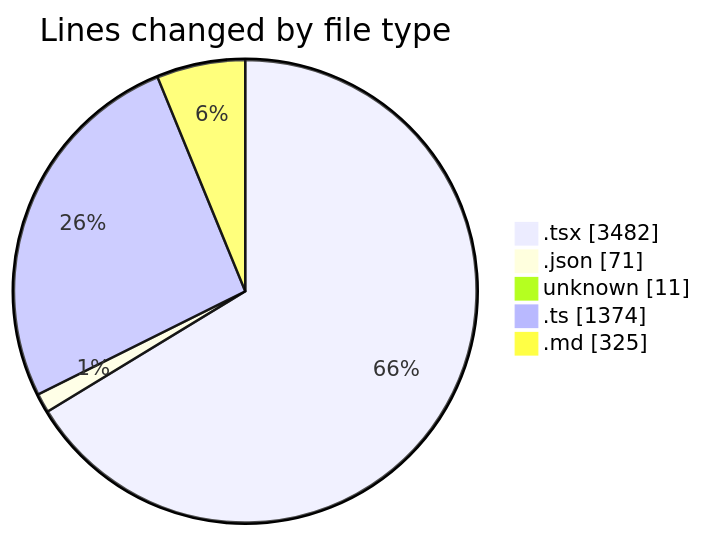
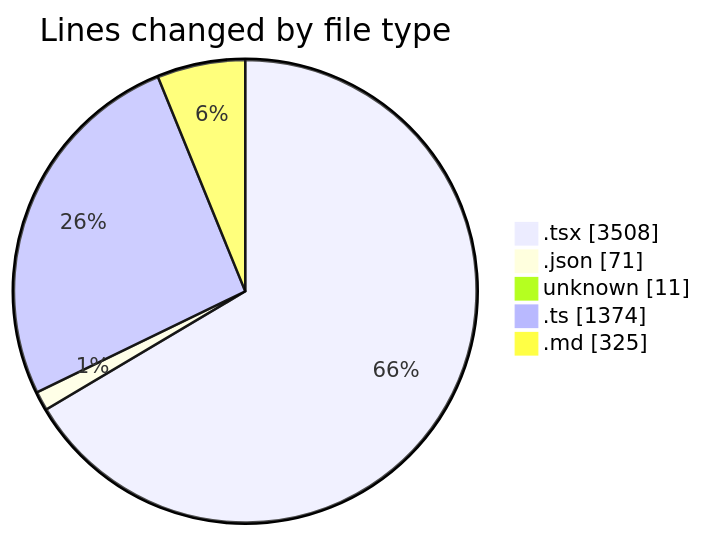
Before and after one commit to ernivani/code-tracking: the first of 2 diagrams in 2025-01-03/tinycms/README.md, drawn with Mermaid. The commit also changed other lines of this file and 2 other files, not shown here.

````diff
--- a/2025-01-03/tinycms/README.md
+++ b/2025-01-03/tinycms/README.md
@@ -42,9 +42,9 @@
 ```mermaid
 pie showData
 title Lines changed by file type
-".tsx" : 3482
+".tsx" : 3508
 ".json" : 71
 "unknown" : 11
 ".ts" : 1374
 ".md" : 325
 ```
````
